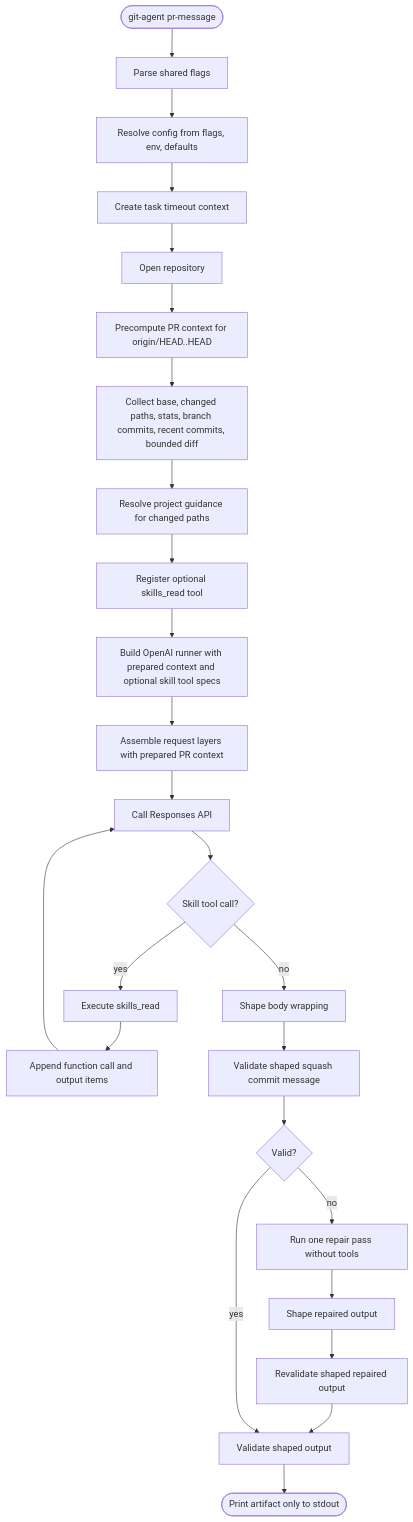
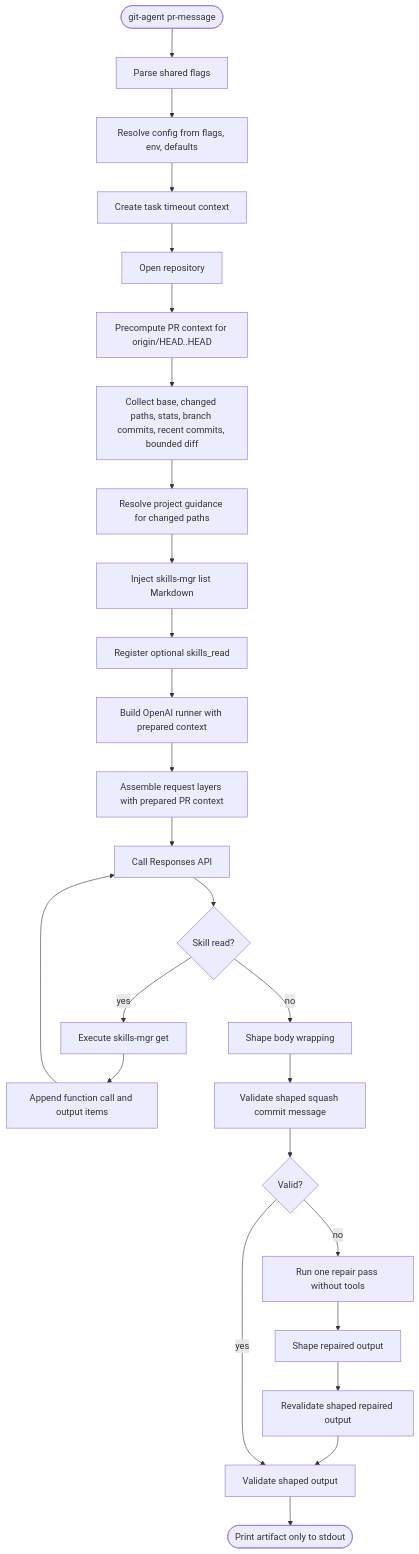
Before and after one commit to yusing/git-agent: the fourth of 5 diagrams in docs/spec.md, drawn with Mermaid. The commit also changed other lines of this file and 22 other files, not shown here.

First line of the commit message:
refactor(skills): delegate discovery and reads to skills-mgr

````diff
--- a/docs/spec.md
+++ b/docs/spec.md
@@ -1469,27 +1472,28 @@
 ```mermaid
 flowchart TD
     Start([git-agent pr-message]) --> Parse[Parse shared flags]
     Parse --> Resolve[Resolve config from flags, env, defaults]
     Resolve --> Timeout[Create task timeout context]
     Timeout --> OpenRepo[Open repository]
     OpenRepo --> Prepare[Precompute PR context for origin/HEAD..HEAD]
     Prepare --> Evidence[Collect base, changed paths, stats, branch commits, recent commits, bounded diff]
     Evidence --> Guidance[Resolve project guidance for changed paths]
-    Guidance --> Registry[Register optional skills_read tool]
-    Registry --> Runner[Build OpenAI runner with prepared context and optional skill tool specs]
+    Guidance --> Skills[Inject skills-mgr list Markdown]
+    Skills --> Registry[Register optional skills_read]
+    Registry --> Runner[Build OpenAI runner with prepared context]
     Runner --> Request[Assemble request layers with prepared PR context]
     Request --> Model[Call Responses API]
-    Model --> ToolDecision{Skill tool call?}
-    ToolDecision -- yes --> ExecuteSkill[Execute skills_read]
+    Model --> ToolDecision{Skill read?}
+    ToolDecision -- yes --> ExecuteSkill[Execute skills-mgr get]
     ExecuteSkill --> Continue[Append function call and output items]
     Continue --> Model
     ToolDecision -- no --> Shape[Shape body wrapping]
     Shape --> Validate[Validate shaped squash commit message]
     Validate --> Valid{Valid?}
     Valid -- no --> Repair[Run one repair pass without tools]
     Repair --> Reshape[Shape repaired output]
     Reshape --> Revalidate[Revalidate shaped repaired output]
     Revalidate --> FinalValidate
     Valid -- yes --> FinalValidate[Validate shaped output]
     FinalValidate --> Stdout([Print artifact only to stdout])
 ```
````
